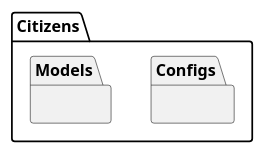
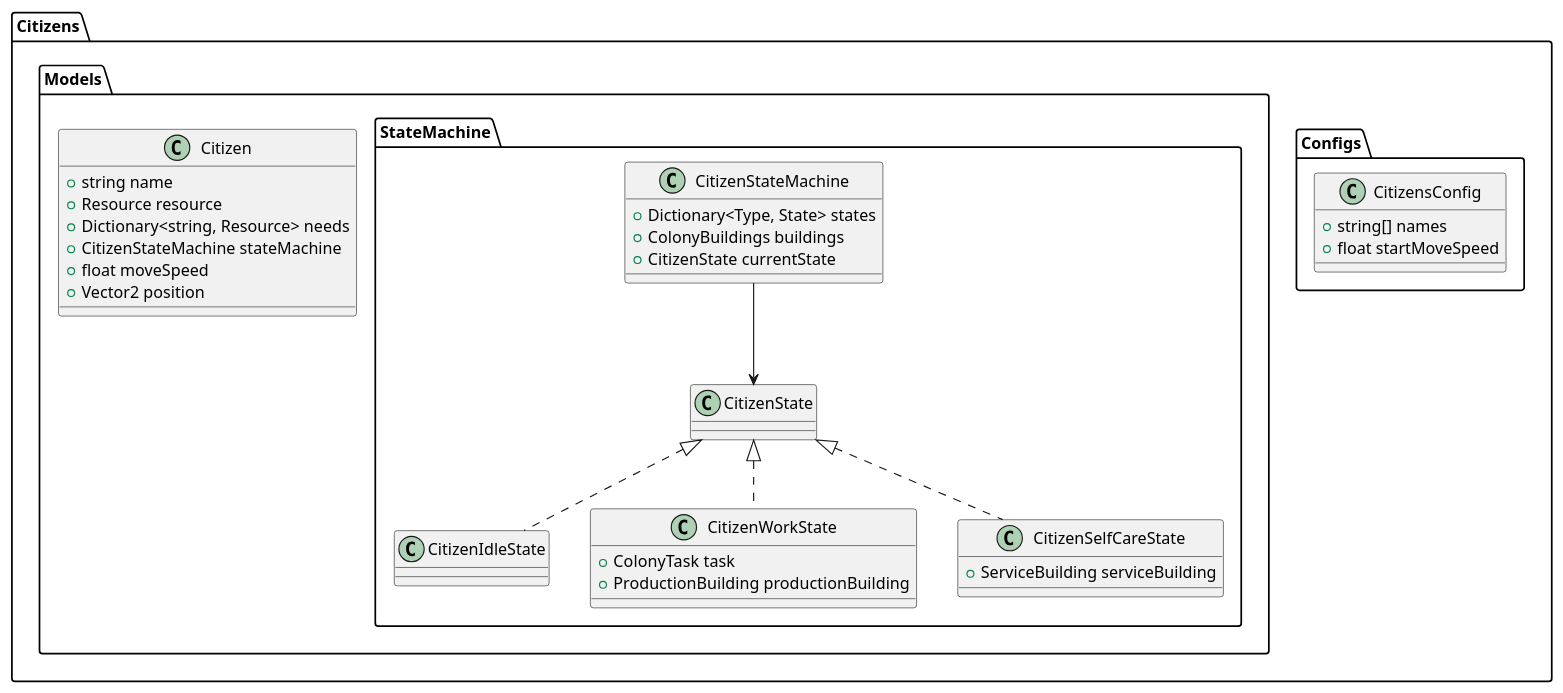
Before and after one commit to minusrep/Pivo-UML: the diagram in Colony/Citizens/Citizens.puml, drawn with PlantUML. The commit also changed 4 other files, not shown here.

```diff
--- a/Colony/Citizens/Citizens.puml
+++ b/Colony/Citizens/Citizens.puml
@@ -1,16 +1,58 @@
 @startuml
 
 package "Citizens"
 {
     package "Configs"
     {
-
+        class CitizensConfig
+        {
+            +string[] names
+            +float startMoveSpeed
+        }
     }
 
     package "Models"
     {
+        class Citizen 
+        {
+            +string name
+            +Resource resource
+            +Dictionary<string, Resource> needs
+            +CitizenStateMachine stateMachine
+            +float moveSpeed
+            +Vector2 position
+        }
+    
+     package "StateMachine" {
+        class CitizenStateMachine {
+            +Dictionary<Type, State> states
+            +ColonyBuildings buildings
+            +CitizenState currentState
+        }   
         
+        class CitizenState {
+            
+        }
+        
+        class CitizenIdleState {
+        }
+        
+        class CitizenWorkState {
+            +ColonyTask task
+            +ProductionBuilding productionBuilding
+        }
+        
+        class CitizenSelfCareState {
+            +ServiceBuilding serviceBuilding
+        }
+
+        CitizenState <|.. CitizenIdleState  
+        CitizenState <|.. CitizenWorkState  
+        CitizenState <|.. CitizenSelfCareState  
+        CitizenStateMachine --> CitizenState
+        
+        }
     }
 }
 
 @enduml
```
